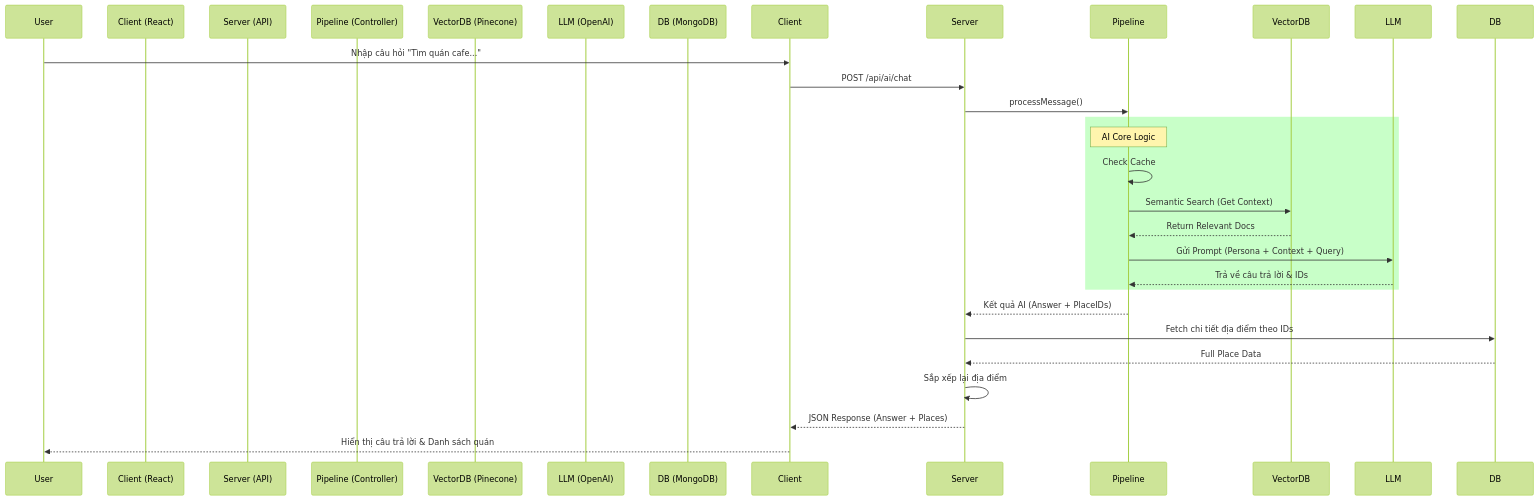
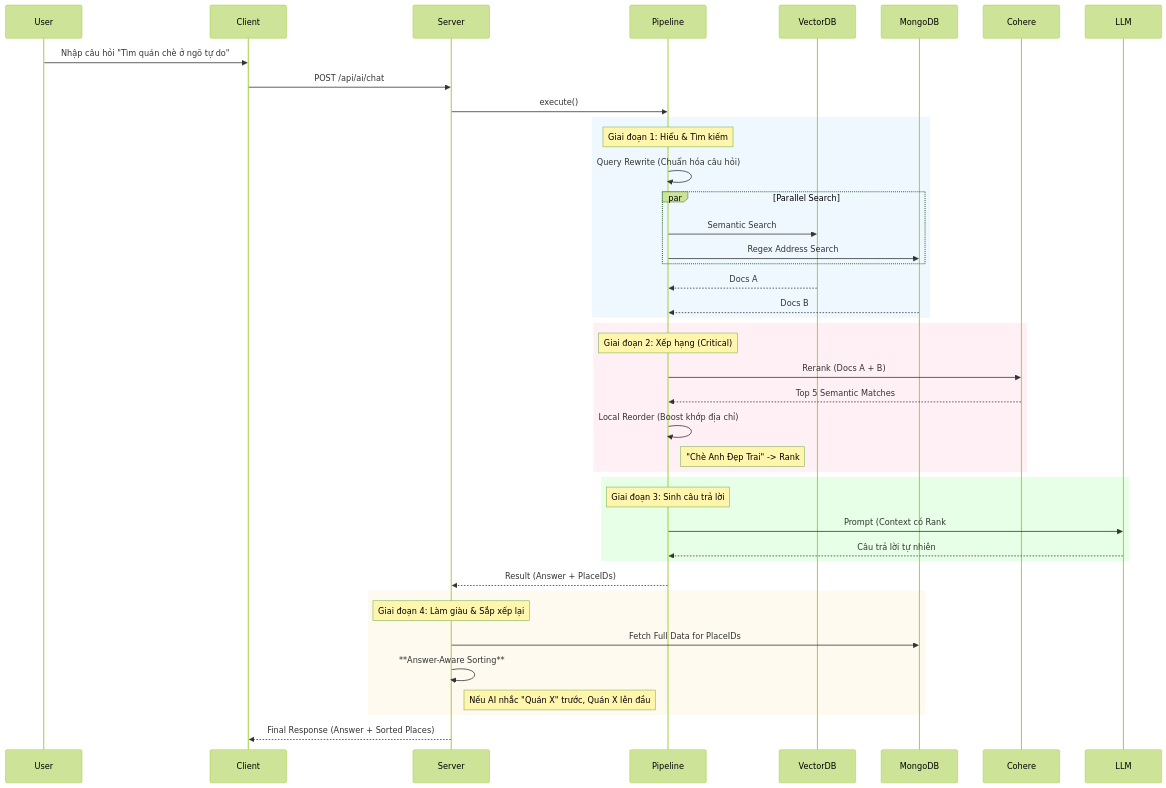
Before and after one commit to NguyenNamPHong03/HaNoiGo: the diagram in .agent/ai_semantic_search/AI_WORKFLOW.md, drawn with Mermaid (forest theme). The commit also changed other lines of this file and 33 other files, not shown here.

````diff
--- a/.agent/ai_semantic_search/AI_WORKFLOW.md
+++ b/.agent/ai_semantic_search/AI_WORKFLOW.md
@@ -104,32 +105,51 @@
 ```mermaid
 sequenceDiagram
     participant User
-    participant Client (React)
-    participant Server (API)
-    participant Pipeline (Controller)
-    participant VectorDB (Pinecone)
-    participant LLM (OpenAI)
-    participant DB (MongoDB)
+    participant Client
+    participant Server
+    participant Pipeline
+    participant VectorDB
+    participant MongoDB
+    participant Cohere
+    participant LLM
 
-    User->>Client: Nhập câu hỏi "Tìm quán cafe..."
+    User->>Client: Nhập câu hỏi "Tìm quán chè ở ngõ tự do"
     Client->>Server: POST /api/ai/chat
-    Server->>Pipeline: processMessage()
+    Server->>Pipeline: execute()
     
-    rect rgb(200, 255, 200)
-        Note over Pipeline: AI Core Logic
-        Pipeline->>Pipeline: Check Cache
-        Pipeline->>VectorDB: Semantic Search (Get Context)
-        VectorDB-->>Pipeline: Return Relevant Docs
-        Pipeline->>LLM: Gửi Prompt (Persona + Context + Query)
-        LLM-->>Pipeline: Trả về câu trả lời & IDs
+    rect rgb(240, 248, 255)
+        Note over Pipeline: Giai đoạn 1: Hiểu & Tìm kiếm
+        Pipeline->>Pipeline: Query Rewrite (Chuẩn hóa câu hỏi)
+        par Parallel Search
+            Pipeline->>VectorDB: Semantic Search
+            Pipeline->>MongoDB: Regex Address Search
+        end
+        VectorDB-->>Pipeline: Docs A
+        MongoDB-->>Pipeline: Docs B
     end
 
-    Pipeline-->>Server: Kết quả AI (Answer + PlaceIDs)
+    rect rgb(255, 240, 245)
+        Note over Pipeline: Giai đoạn 2: Xếp hạng (Critical)
+        Pipeline->>Cohere: Rerank (Docs A + B)
+        Cohere-->>Pipeline: Top 5 Semantic Matches
+        Pipeline->>Pipeline: Local Reorder (Boost khớp địa chỉ)
+        Note right of Pipeline: "Chè Anh Đẹp Trai" -> Rank #1
+    end
+
+    rect rgb(230, 255, 230)
+        Note over Pipeline: Giai đoạn 3: Sinh câu trả lời
+        Pipeline->>LLM: Prompt (Context có Rank #1...)
+        LLM-->>Pipeline: Câu trả lời tự nhiên
+    end
     
-    Server->>DB: Fetch chi tiết địa điểm theo IDs
-    DB-->>Server: Full Place Data
-    Server->>Server: Sắp xếp lại địa điểm
+    Pipeline-->>Server: Result (Answer + PlaceIDs)
     
-    Server-->>Client: JSON Response (Answer + Places)
-    Client-->>User: Hiển thị câu trả lời & Danh sách quán
+    rect rgb(255, 250, 240)
+        Note over Server: Giai đoạn 4: Làm giàu & Sắp xếp lại
+        Server->>MongoDB: Fetch Full Data for PlaceIDs
+        Server->>Server: **Answer-Aware Sorting**
+        Note right of Server: Nếu AI nhắc "Quán X" trước, Quán X lên đầu
+    end
+    
+    Server-->>Client: Final Response (Answer + Sorted Places)
 ```
````
